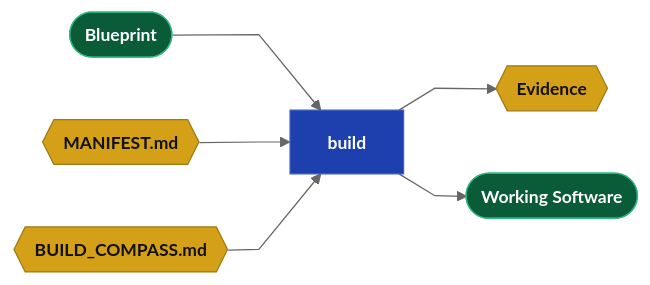
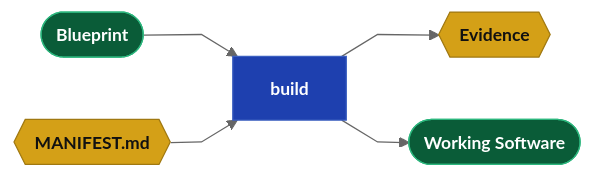
One commit to webcloudstudio/Drydock changed the fourth of 6 diagrams in docs/Drydock_Specification.md. Above: the diagram before and after it, drawn with Mermaid. The commit also changed other lines of this file, not shown here.

````diff
--- a/docs/Drydock_Specification.md
+++ b/docs/Drydock_Specification.md
@@ -524,16 +521,15 @@
 ```mermaid
 %%{init: {'theme': 'neutral', 'flowchart': {'curve': 'linear'}, 'themeVariables': {'fontSize': '14px'}}}%%
 flowchart LR
   classDef dir    fill:#0a5c38,stroke:#2cb67d,color:#fff,font-weight:bold
   classDef md     fill:#d4a017,stroke:#a07810,color:#111,font-weight:bold
   classDef script fill:#1e40af,stroke:#3b5fc0,color:#fff,font-weight:bold
   classDef prompt fill:#c2410c,stroke:#ea580c,color:#fff,font-weight:bold
   classDef output fill:#6d28d9,stroke:#8b5cf6,color:#fff,font-weight:bold
   classDef web    fill:#be123c,stroke:#fb7185,color:#fff,font-weight:bold
 
   SPEC(["Blueprint"]):::dir --> BUILD["build"]:::script
   BP{{"MANIFEST.md"}}:::md --> BUILD["build"]:::script
-  BCOMPASS{{"BUILD_COMPASS.md"}}:::md --> BUILD
   BUILD --> EV{{"Evidence"}}:::md
   BUILD --> TARGET(["Working Software"]):::dir
 ```
````
